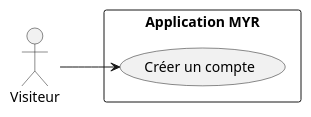
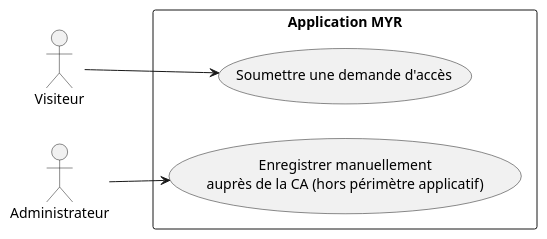
Before and after one commit to olivaux/myr: the first of 2 diagrams in specs/1-Expression/UCA-Compte_et_Acces/UCA01.md, drawn with PlantUML. The commit also changed other lines of this file and 65 other files, not shown here.

````diff
--- a/specs/1-Expression/UCA-Compte_et_Acces/UCA01.md
+++ b/specs/1-Expression/UCA-Compte_et_Acces/UCA01.md
@@ -14,14 +14,17 @@
 ```plantuml
 @startuml
 left to right direction
 
 actor "Visiteur" as V
+actor "Administrateur" as ADM
 
 rectangle "Application MYR" {
-    usecase "Créer un compte" as UC1
+    usecase "Soumettre une demande d'accès" as UC1
+    usecase "Enregistrer manuellement\nauprès de la CA (hors périmètre applicatif)" as UC2
 }
 
 V --> UC1
+ADM --> UC2
 
 @enduml
 ```
````
